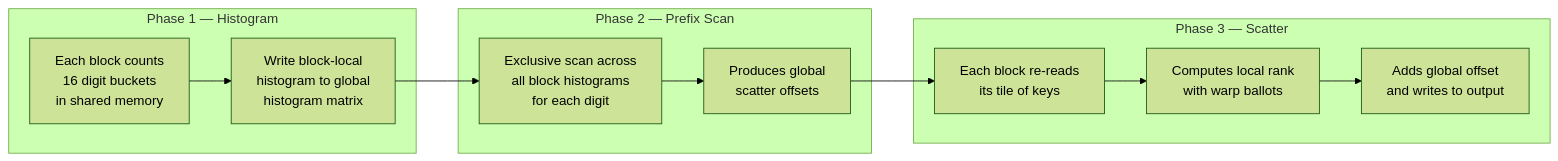
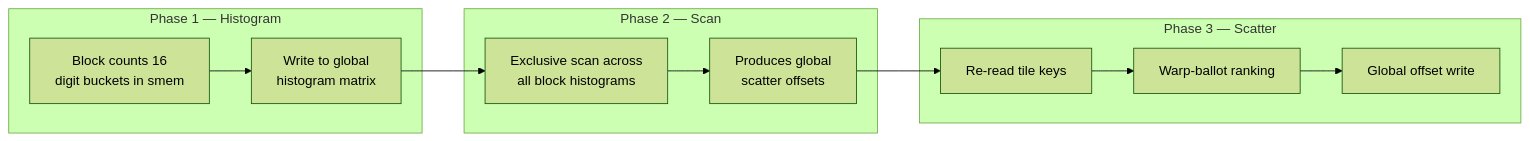
One commit to dkkh87/CPP-CUDA-Mastery changed the second of 3 diagrams in Part-09-Projects/P13_CUDA_Radix_Sort.md. Above: the diagram before and after it, drawn with Mermaid (forest theme). The commit also changed other lines of this file, not shown here.

````diff
--- a/Part-09-Projects/P13_CUDA_Radix_Sort.md
+++ b/Part-09-Projects/P13_CUDA_Radix_Sort.md
@@ -52,20 +38,14 @@
 ```mermaid
 flowchart LR
     subgraph "Phase 1 — Histogram"
-        H1["Each block counts\n16 digit buckets\nin shared memory"]
-        H2["Write block-local\nhistogram to global\nhistogram matrix"]
+        H1["Block counts 16\ndigit buckets in smem"] --> H2["Write to global\nhistogram matrix"]
     end
-
-    subgraph "Phase 2 — Prefix Scan"
-        S1["Exclusive scan across\nall block histograms\nfor each digit"]
-        S2["Produces global\nscatter offsets"]
+    subgraph "Phase 2 — Scan"
+        S1["Exclusive scan across\nall block histograms"] --> S2["Produces global\nscatter offsets"]
     end
-
     subgraph "Phase 3 — Scatter"
-        SC1["Each block re-reads\nits tile of keys"]
-        SC2["Computes local rank\nwith warp ballots"]
-        SC3["Adds global offset\nand writes to output"]
+        SC1["Re-read tile keys"] --> SC2["Warp-ballot ranking"] --> SC3["Global offset write"]
     end
-
-    H1 --> H2 --> S1 --> S2 --> SC1 --> SC2 --> SC3
+    H2 --> S1
+    S2 --> SC1
 ```
````
